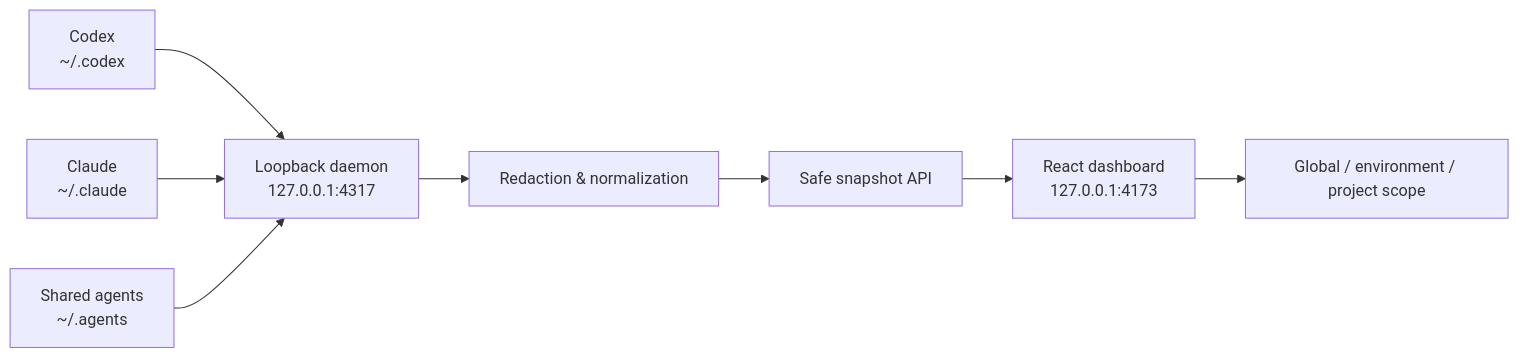
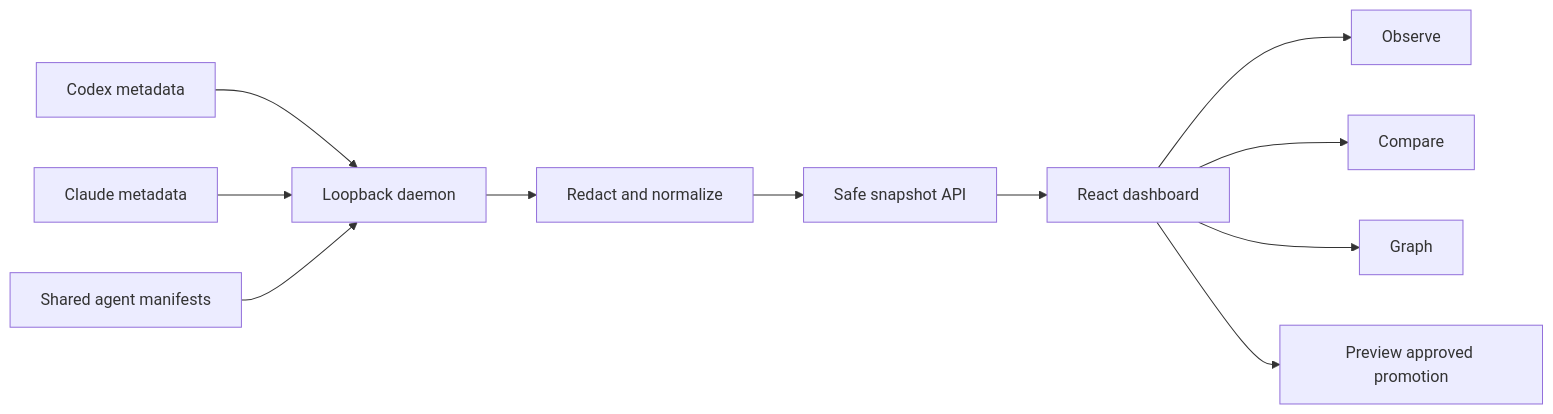
The diagram in README.md (J3vn0/Agent-Observatory), drawn with Mermaid before and after one commit. The commit also changed other lines of this file and 12 other files, not shown here.

```diff
--- a/README.md
+++ b/README.md
@@ -94,10 +169,13 @@
 ~~~mermaid
 flowchart LR
-  C["Codex<br/>~/.codex"] --> D["Loopback daemon<br/>127.0.0.1:4317"]
-  L["Claude<br/>~/.claude"] --> D
-  A["Shared agents<br/>~/.agents"] --> D
-  D --> R["Redaction & normalization"]
+  C["Codex metadata"] --> D["Loopback daemon"]
+  L["Claude metadata"] --> D
+  A["Shared agent manifests"] --> D
+  D --> R["Redact and normalize"]
   R --> S["Safe snapshot API"]
-  S --> W["React dashboard<br/>127.0.0.1:4173"]
-  W --> Q["Global / environment / project scope"]
+  S --> W["React dashboard"]
+  W --> O["Observe"]
+  W --> X["Compare"]
+  W --> G["Graph"]
+  W --> P["Preview approved promotion"]
 ~~~
```
